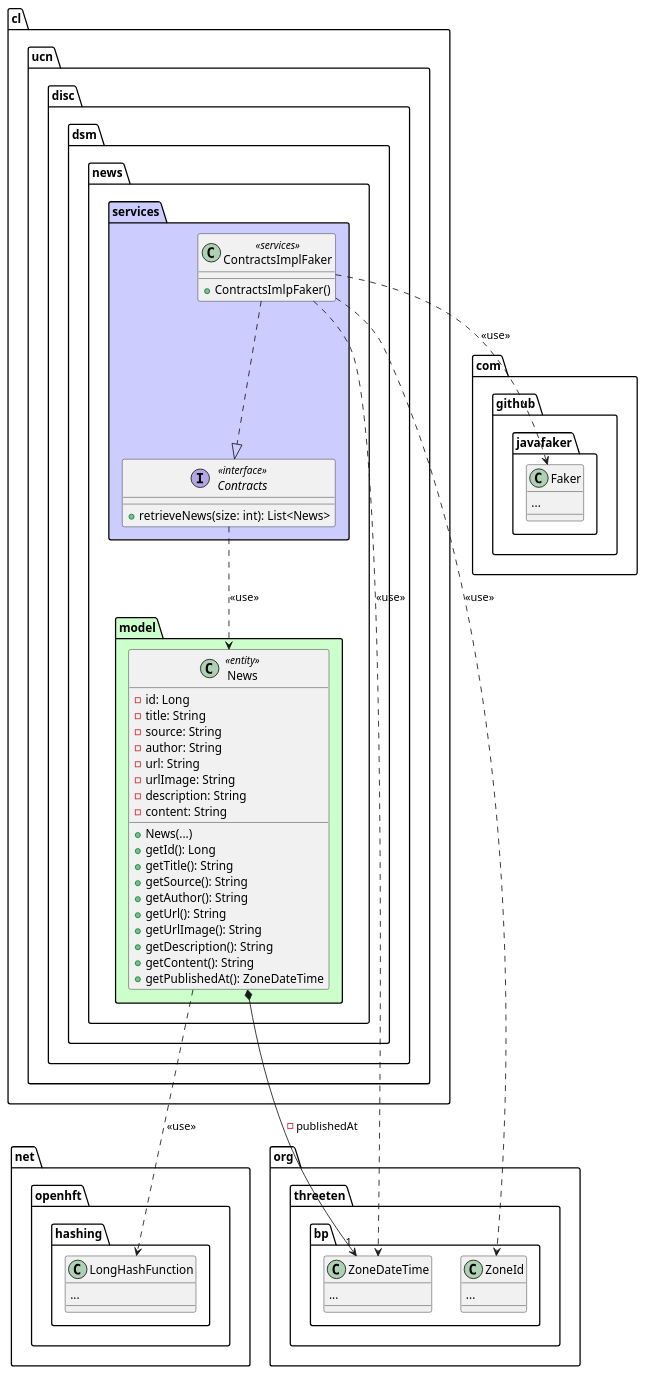
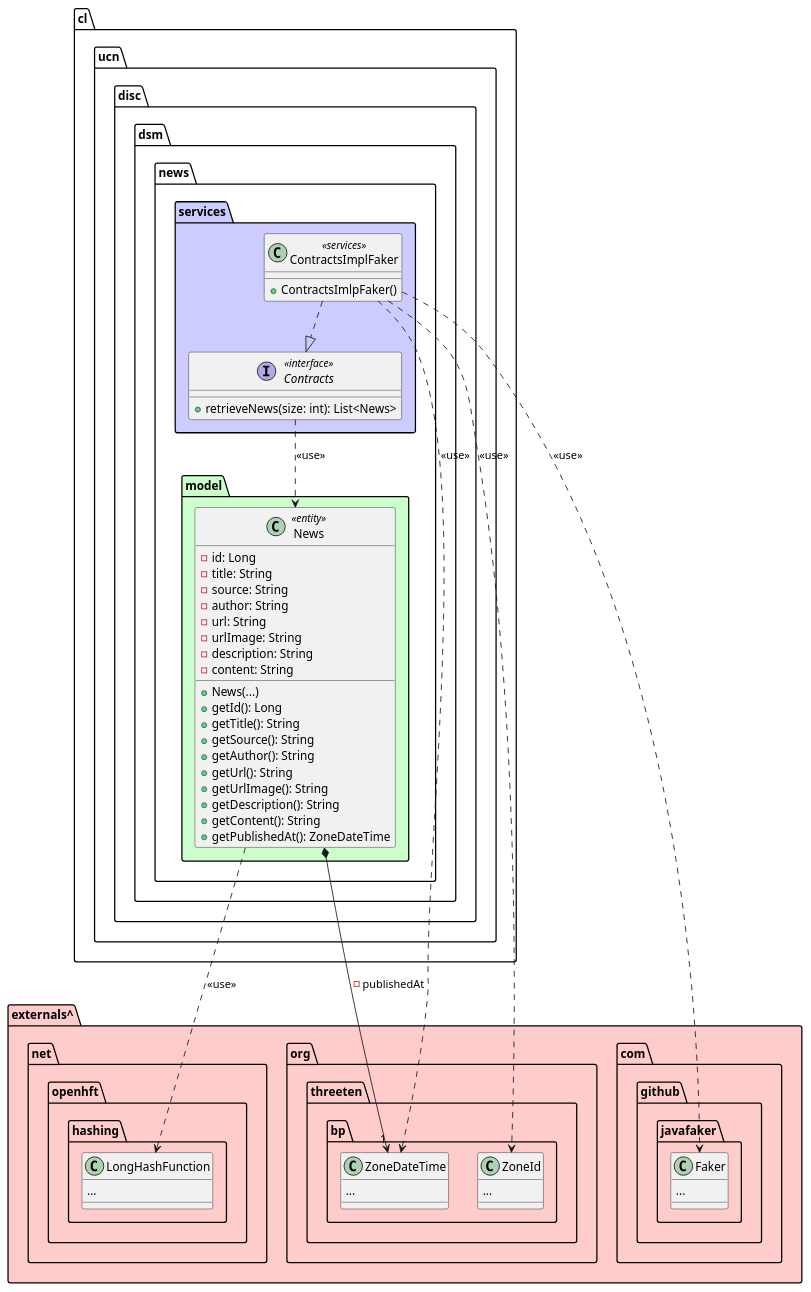
The diagram in Readme.md (Rachell-Mardones/TheNews), drawn with PlantUML before and after one commit. The commit also changed 6 other files, not shown here.

````diff
--- a/Readme.md
+++ b/Readme.md
@@ -7,66 +7,69 @@
 ```puml
 @startuml
-package org.threeten.bp{
-        class ZoneDateTime{
+package externals^ #ffcccc{
+    package org.threeten.bp{
+            class ZoneDateTime{
+                ...
+            }
+            class ZoneId{
+            ...
+            }
+    }
+    package net.openhft.hashing{
+        class LongHashFunction{
             ...
         }
-        class ZoneId{
-        ...
+    }
+    package com.github.javafaker{
+        class Faker{
+            ...
         }
-}
-package net.openhft.hashing{
-    class LongHashFunction{
-        ...
     }
 }
-package com.github.javafaker{
-    class Faker{
-        ...
-    }
-}
+
 package cl.ucn.disc.dsm.news{
 
     package model #ccffcc{
     
         class News <<entity>>{
             -id: Long
             -title: String
             -source: String
             -author: String
             -url: String
             -urlImage: String
             -description: String
             -content: String
             +News(...)
             +getId(): Long
             +getTitle(): String
             +getSource(): String
             +getAuthor(): String
             +getUrl(): String
             +getUrlImage(): String
             +getDescription(): String
             +getContent(): String
             +getPublishedAt(): ZoneDateTime
         }
         News *--> "1" ZoneDateTime: -publishedAt
         News ..> LongHashFunction : <<use>>
     }
     
     package services #ccccff{
         interface Contracts <<interface>>{
             + retrieveNews(size: int): List<News>
         }
         Contracts ..> News : <<use>>
         class ContractsImplFaker <<services>>{
             + ContractsImlpFaker()
         }
         ContractsImplFaker ..|> Contracts
         ContractsImplFaker ..> ZoneDateTime : <<use>>
         ContractsImplFaker ..> ZoneId : <<use>>
         ContractsImplFaker ..> Faker : <<use>>
         
     }
     
 }
 @enduml
 ```
````
